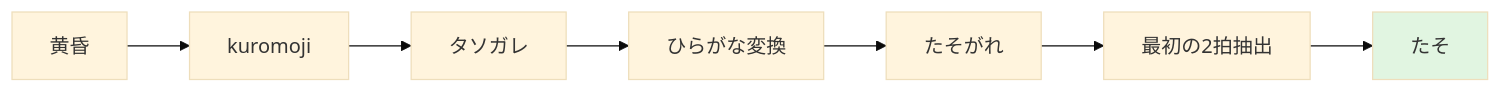
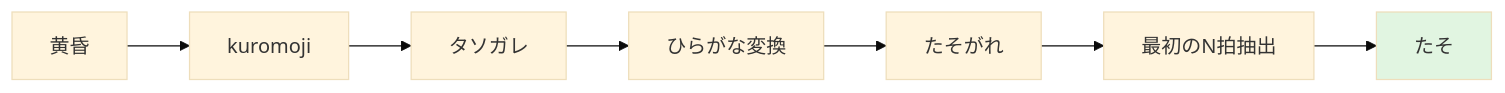
The ninth of 11 diagrams in docs/dictionary-generation.md (amanoese/yukichant), drawn with Mermaid (base theme) before and after one commit. The commit also changed other lines of this file and 3 other files, not shown here.

````diff
--- a/docs/dictionary-generation.md
+++ b/docs/dictionary-generation.md
@@ -403,11 +421,11 @@
 ```mermaid
 flowchart LR
     A["黄昏"] --> B[kuromoji]
     B --> C["タソガレ"]
     C --> D[ひらがな変換]
     D --> E["たそがれ"]
-    E --> F[最初の2拍抽出]
+    E --> F[最初のN拍抽出]
     F --> G["たそ"]
 
     style G fill:#e1f5e1
 ```
````
